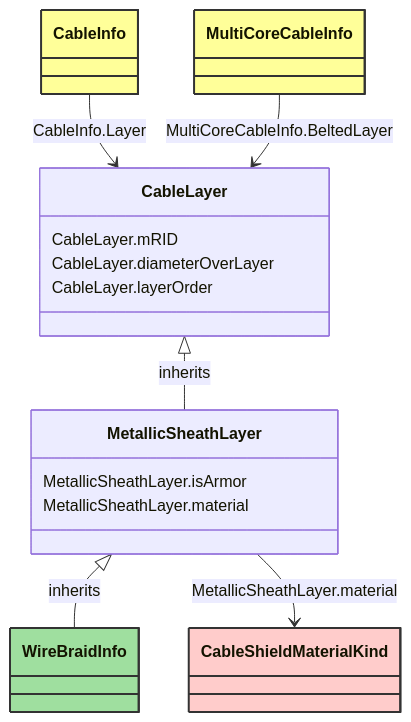
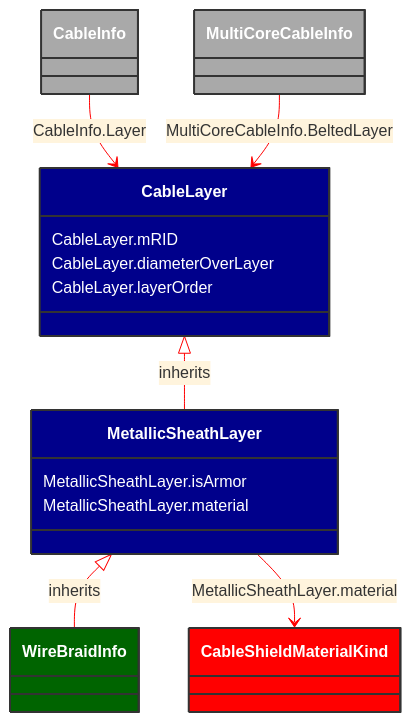
One commit to 3lbits/NoCIMExtensions changed the diagram in docs/Models/Profiles/SubseaCableInfo/ConcreteClasses/WireBraidInfo.md. Above: the diagram before and after it, drawn with Mermaid. The commit also changed 58 other files, not shown here.

````diff
--- a/docs/Models/Profiles/SubseaCableInfo/ConcreteClasses/WireBraidInfo.md
+++ b/docs/Models/Profiles/SubseaCableInfo/ConcreteClasses/WireBraidInfo.md
@@ -8,43 +8,44 @@
 ```mermaid
+%%{init: {'theme':'base','themeVariables': {'lineColor': '#FF0000'}}}%%
 classDiagram
     class WireBraidInfo
     click WireBraidInfo href "/Models/Profiles/SubseaCableInfo/ConcreteClasses/WireBraidInfo/"
-    style WireBraidInfo fill:#9fdf9f,stroke:#333,stroke-width:2px,rx:10,ry:10
+    style WireBraidInfo fill:#006400,stroke:#333,stroke-width:2px,rx:10,ry:10,color:white
 
         MetallicSheathLayer <|-- WireBraidInfo : inherits
             click MetallicSheathLayer href "/Models/Profiles/SubseaCableInfo/ConcreteClasses/MetallicSheathLayer/"
-            style MetallicSheathLayer rx:10,ry:10
+            style MetallicSheathLayer fill:#00008B,stroke:#333,stroke-width:2px,rx:10,ry:10,color:white
 
         WireBraidInfo
             click WireBraidInfo href "/Models/Profiles/SubseaCableInfo/ConcreteClasses/WireBraidInfo/"
-            style WireBraidInfo rx:10,ry:10
+            style MetallicSheathLayer fill:#00008B,stroke:#333,stroke-width:2px,rx:10,ry:10,color:white
 
         CableLayer <|-- MetallicSheathLayer : inherits
             click CableLayer href "/Models/Profiles/SubseaCableInfo/AbstractClasses/CableLayer/"
-            style CableLayer rx:10,ry:10
+            style CableLayer fill:#00008B,stroke:#333,stroke-width:2px,rx:10,ry:10,color:white
 
 
         CableInfo --> CableLayer : CableInfo.Layer
 
         CableInfo
             click CableInfo href "/Models/Profiles/SubseaCableInfo/ConcreteClasses/CableInfo/"
-            style CableInfo fill:#ffff99,stroke:#333,stroke-width:2px,rx:10,ry:10
+            style CableInfo fill:#A9A9A9,stroke:#333,stroke-width:2px,rx:10,ry:10,color:white
 
         MultiCoreCableInfo --> CableLayer : MultiCoreCableInfo.BeltedLayer
 
         MultiCoreCableInfo
             click MultiCoreCableInfo href "/Models/Profiles/SubseaCableInfo/ConcreteClasses/MultiCoreCableInfo/"
-            style MultiCoreCableInfo fill:#ffff99,stroke:#333,stroke-width:2px,rx:10,ry:10
+            style MultiCoreCableInfo fill:#A9A9A9,stroke:#333,stroke-width:2px,rx:10,ry:10,color:white
 
         MetallicSheathLayer --> CableShieldMaterialKind : MetallicSheathLayer.material
 
         CableShieldMaterialKind
             click CableShieldMaterialKind href "/Models/Profiles/SubseaCableInfo/Enumerations/CableShieldMaterialKind/"
-            style CableShieldMaterialKind fill:#FFCCCB,stroke:#333,stroke-width:2px,rx:10,ry:10
+            style CableShieldMaterialKind fill:#FF0000,stroke:#333,stroke-width:2px,rx:10,ry:10,color:white
 
         MetallicSheathLayer : MetallicSheathLayer.isArmor
         MetallicSheathLayer : MetallicSheathLayer.material
         CableLayer : CableLayer.mRID
         CableLayer : CableLayer.diameterOverLayer
         CableLayer : CableLayer.layerOrder
 ```
````
